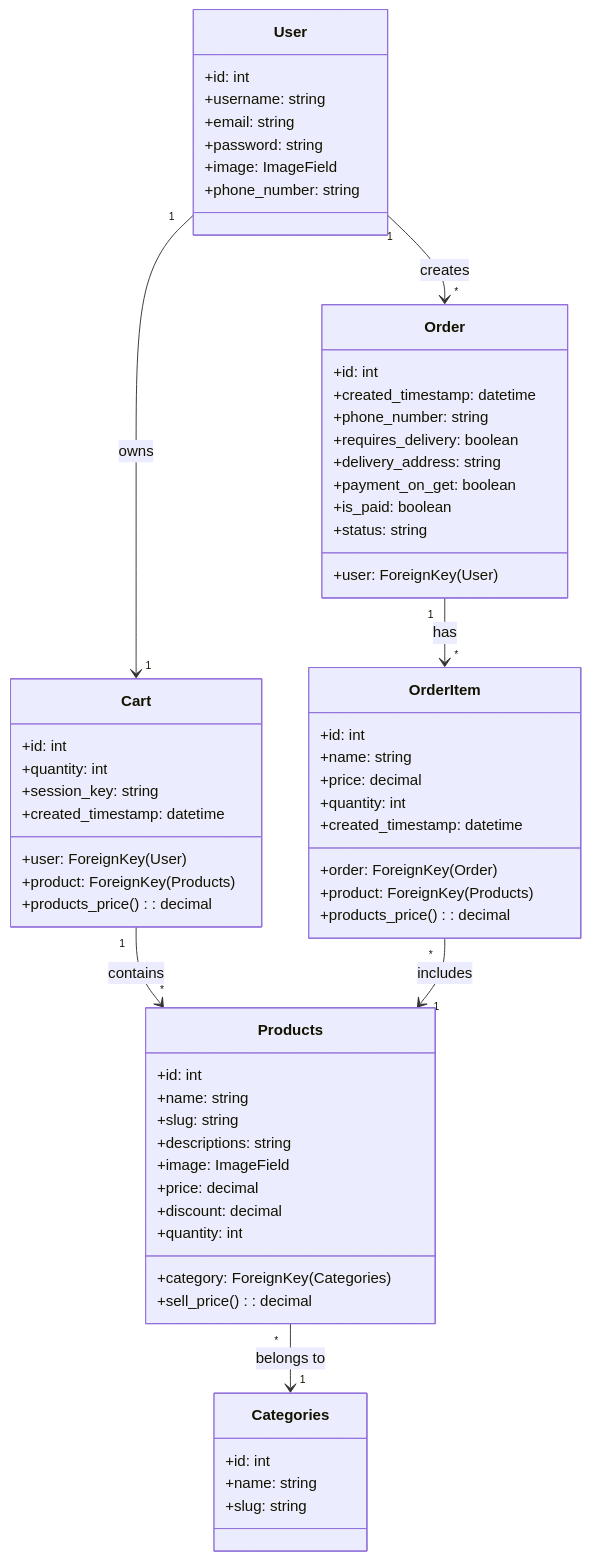
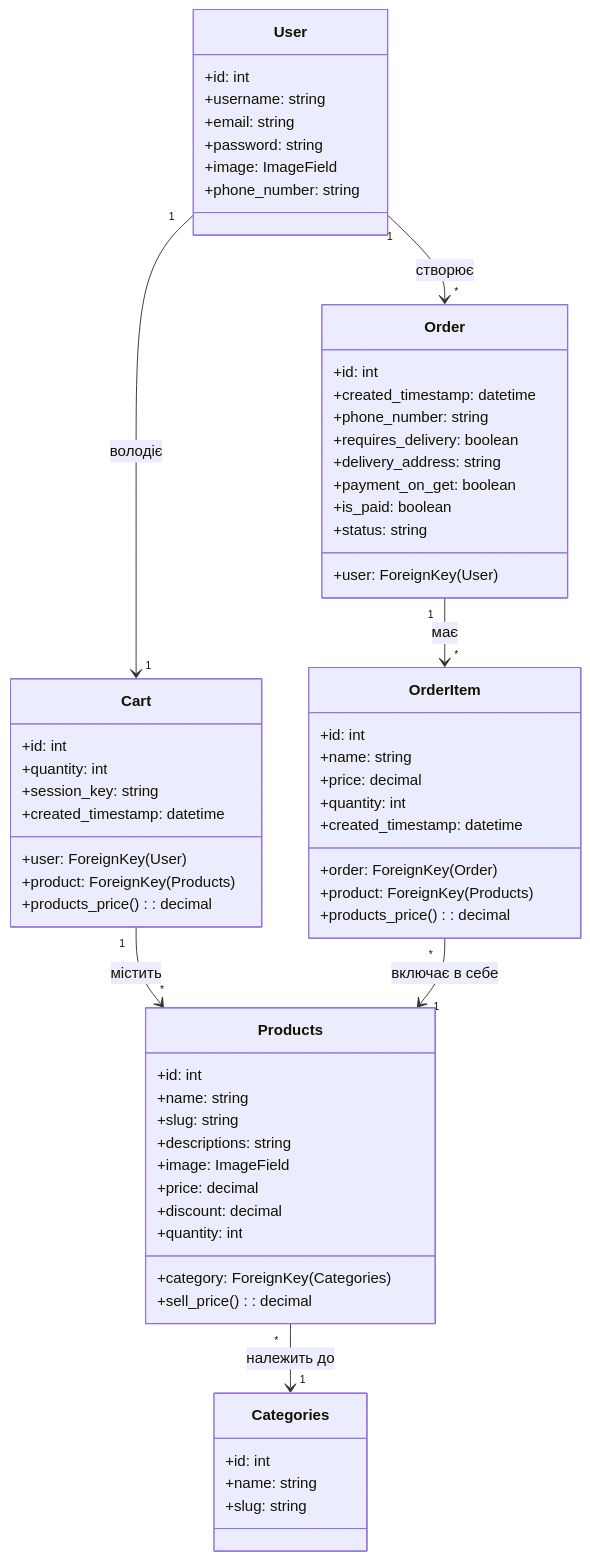
The diagram in README.md (Tarasgr7/coursework_main), drawn with Mermaid before and after one commit.

````diff
--- a/README.md
+++ b/README.md
@@ -1,72 +1,72 @@
 ```mermaid
 classDiagram
     %% Classes and Attributes
     class User {
         +id: int
         +username: string
         +email: string
         +password: string
         +image: ImageField
         +phone_number: string
     }
 
     class Products {
         +id: int
         +name: string
         +slug: string
         +descriptions: string
         +image: ImageField
         +price: decimal
         +discount: decimal
         +quantity: int
         +category: ForeignKey(Categories)
         +sell_price(): decimal
     }
 
     class Categories {
         +id: int
         +name: string
         +slug: string
     }
 
     class Cart {
         +id: int
         +user: ForeignKey(User)
         +product: ForeignKey(Products)
         +quantity: int
         +session_key: string
         +created_timestamp: datetime
         +products_price(): decimal
     }
 
     class Order {
         +id: int
         +user: ForeignKey(User)
         +created_timestamp: datetime
         +phone_number: string
         +requires_delivery: boolean
         +delivery_address: string
         +payment_on_get: boolean
         +is_paid: boolean
         +status: string
     }
 
     class OrderItem {
         +id: int
         +order: ForeignKey(Order)
         +product: ForeignKey(Products)
         +name: string
         +price: decimal
         +quantity: int
         +created_timestamp: datetime
         +products_price(): decimal
     }
 
     %% Relationships
-    User "1" --> "*" Order : creates
-    User "1" --> "1" Cart : owns
-    Cart "1" --> "*" Products : contains
-    Order "1" --> "*" OrderItem : has
-    OrderItem "*" --> "1" Products : includes
-    Products "*" --> "1" Categories : belongs to
+    User "1" --> "*" Order : створює
+    User "1" --> "1" Cart : володіє
+    Cart "1" --> "*" Products : містить
+    Order "1" --> "*" OrderItem : має
+    OrderItem "*" --> "1" Products : включає в себе
+    Products "*" --> "1" Categories : належить до
 ```
````
